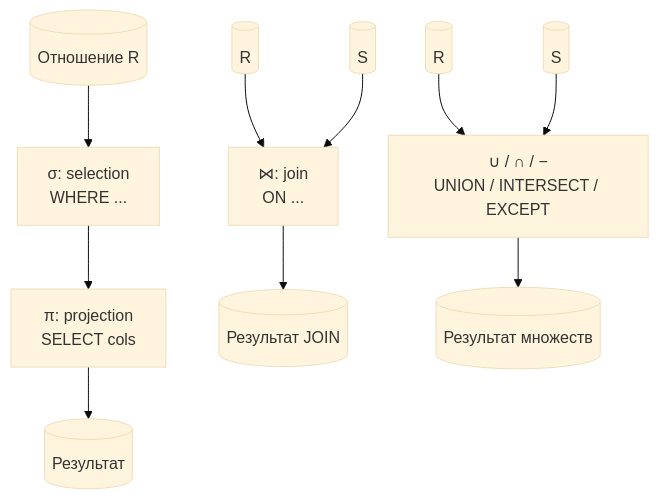
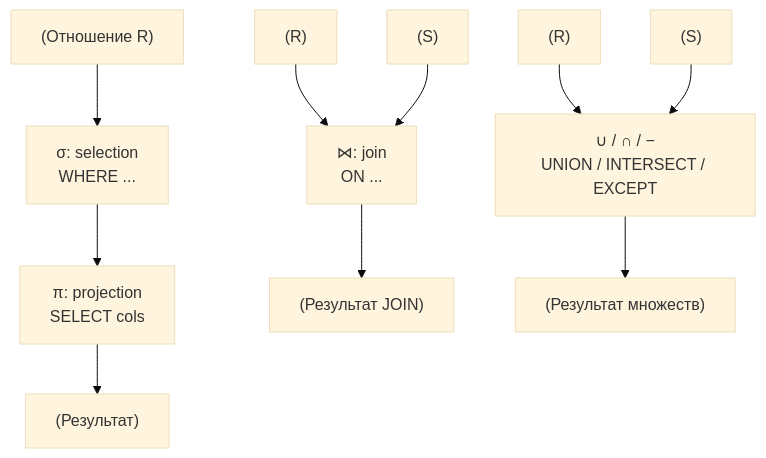
Before and after one commit to DDoSKudya/ai-study-atlas: the first of 4 diagrams in directions/cs_fundamentals/db/pact/01_teoriya_i_modeli_dannyh/03_3_relyatsionnaya_algebra.md, drawn with Mermaid (base theme). The commit also changed other lines of this file and 322 other files, not shown here.

Commit message:
fix(docs): make mermaid diagrams GitHub-compatible across directions content

````diff
--- a/directions/cs_fundamentals/db/pact/01_teoriya_i_modeli_dannyh/03_3_relyatsionnaya_algebra.md
+++ b/directions/cs_fundamentals/db/pact/01_teoriya_i_modeli_dannyh/03_3_relyatsionnaya_algebra.md
@@ -21,14 +21,14 @@
 ```mermaid
 flowchart TB
-  R[(Отношение R)] --> Sel[σ: selection\nWHERE ...]
-  Sel --> Proj[π: projection\nSELECT cols]
-  Proj --> Out[(Результат)]
+  R["(Отношение R)"] --> Sel["σ: selection\nWHERE ..."]
+  Sel --> Proj["π: projection\nSELECT cols"]
+  Proj --> Out["(Результат)"]
 
-  R2[(R)] --> Join[⋈: join\nON ...]
-  S2[(S)] --> Join
-  Join --> Out2[(Результат JOIN)]
+  R2["(R)"] --> Join["⋈: join\nON ..."]
+  S2["(S)"] --> Join
+  Join --> Out2["(Результат JOIN)"]
 
-  R3[(R)] --> U[∪ / ∩ / −\nUNION / INTERSECT / EXCEPT]
-  S3[(S)] --> U
-  U --> Out3[(Результат множеств)]
+  R3["(R)"] --> U["∪ / ∩ / −\nUNION / INTERSECT / EXCEPT"]
+  S3["(S)"] --> U
+  U --> Out3["(Результат множеств)"]
 ```
````
